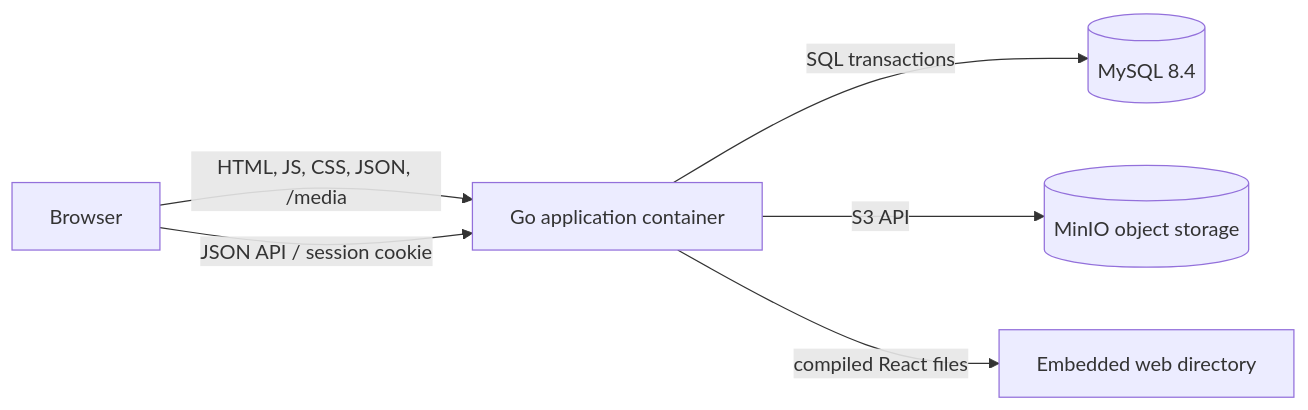
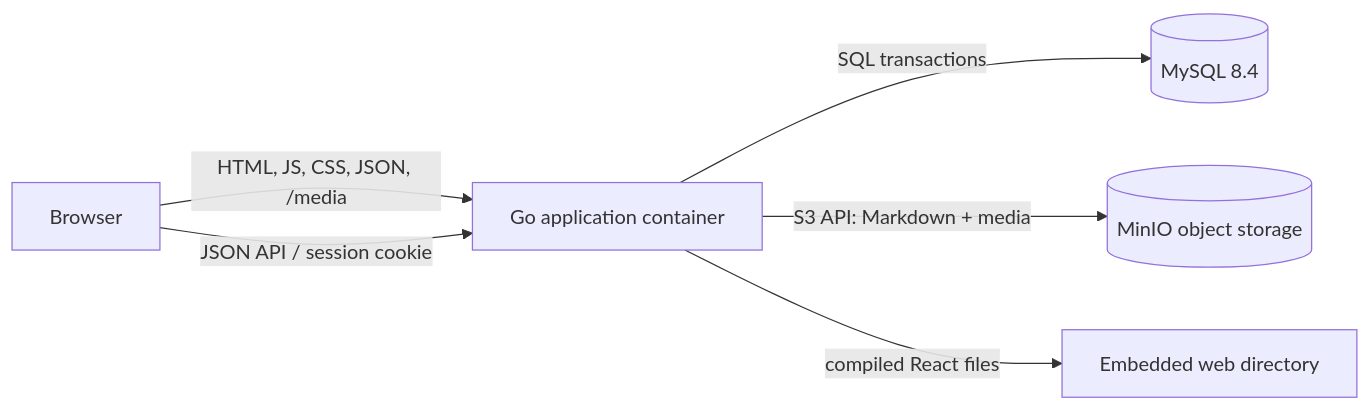
One commit to TruenoCB/bc-atlas-cms changed the diagram in docs/ARCHITECTURE.md. Above: the diagram before and after it, drawn with Mermaid. The commit also changed other lines of this file and 28 other files, not shown here.

Commit message:
Add MinIO content storage and search indexing

````diff
--- a/docs/ARCHITECTURE.md
+++ b/docs/ARCHITECTURE.md
@@ -7,8 +7,8 @@
 ```mermaid
 flowchart LR
   Browser[Browser] -->|HTML, JS, CSS, JSON, /media| App[Go application container]
   Browser -->|JSON API / session cookie| App
   App -->|SQL transactions| MySQL[(MySQL 8.4)]
-  App -->|S3 API| MinIO[(MinIO object storage)]
+  App -->|S3 API: Markdown + media| MinIO[(MinIO object storage)]
   App -->|compiled React files| Static[Embedded web directory]
 ```
````
